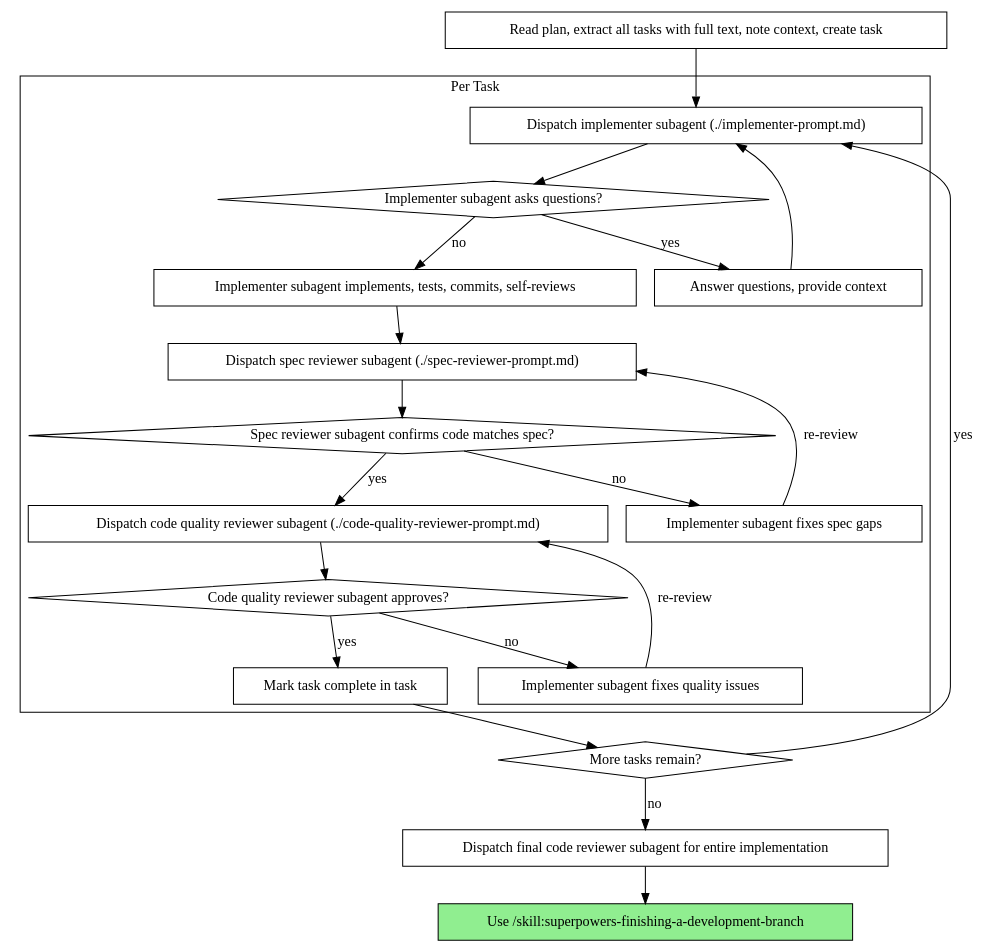
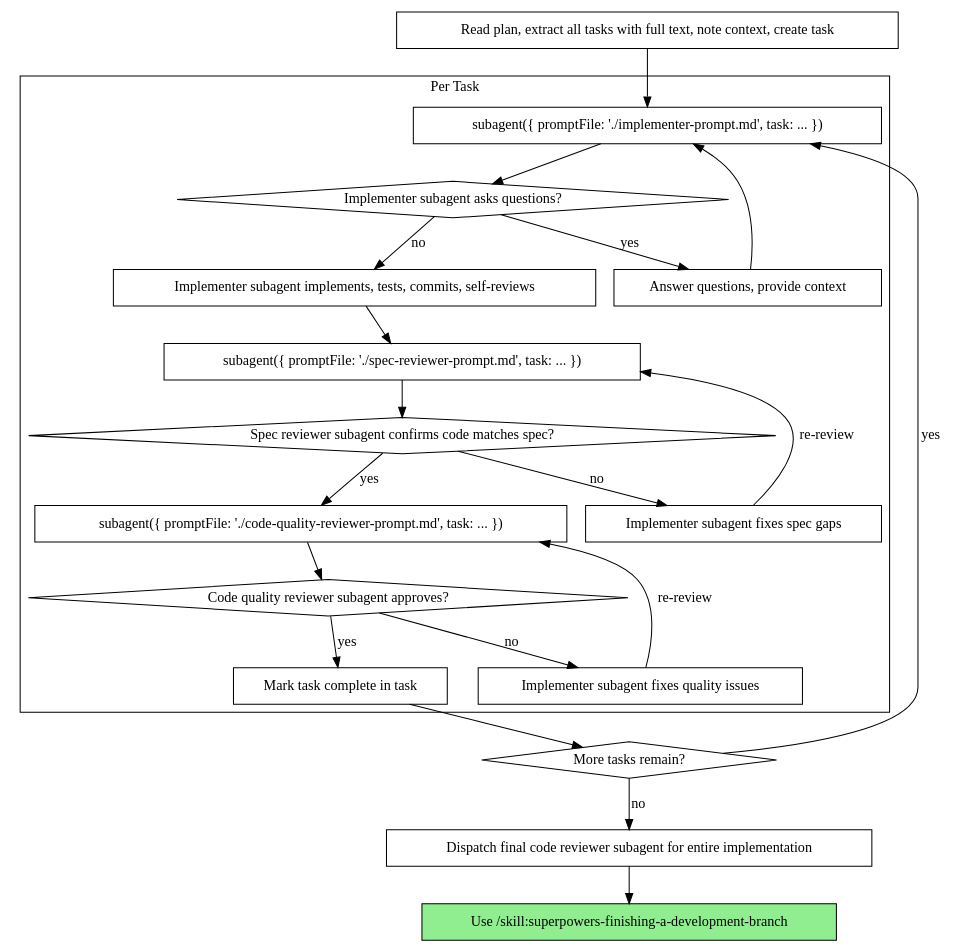
The second of 2 diagrams in pi/extensions/superpowers/skills/superpowers-subagent-driven-development/SKILL.md (tyanxie/dotfiles), drawn with Graphviz before and after one commit. The commit also changed other lines of this file and 12 other files, not shown here.

````diff
--- a/pi/extensions/superpowers/skills/superpowers-subagent-driven-development/SKILL.md
+++ b/pi/extensions/superpowers/skills/superpowers-subagent-driven-development/SKILL.md
@@ -42,44 +42,44 @@
 ```dot
 digraph process {
     rankdir=TB;
 
     subgraph cluster_per_task {
         label="Per Task";
-        "Dispatch implementer subagent (./implementer-prompt.md)" [shape=box];
+        "subagent({ promptFile: './implementer-prompt.md', task: ... })" [shape=box];
         "Implementer subagent asks questions?" [shape=diamond];
         "Answer questions, provide context" [shape=box];
         "Implementer subagent implements, tests, commits, self-reviews" [shape=box];
-        "Dispatch spec reviewer subagent (./spec-reviewer-prompt.md)" [shape=box];
+        "subagent({ promptFile: './spec-reviewer-prompt.md', task: ... })" [shape=box];
         "Spec reviewer subagent confirms code matches spec?" [shape=diamond];
         "Implementer subagent fixes spec gaps" [shape=box];
-        "Dispatch code quality reviewer subagent (./code-quality-reviewer-prompt.md)" [shape=box];
+        "subagent({ promptFile: './code-quality-reviewer-prompt.md', task: ... })" [shape=box];
         "Code quality reviewer subagent approves?" [shape=diamond];
         "Implementer subagent fixes quality issues" [shape=box];
         "Mark task complete in task" [shape=box];
     }
 
     "Read plan, extract all tasks with full text, note context, create task" [shape=box];
     "More tasks remain?" [shape=diamond];
     "Dispatch final code reviewer subagent for entire implementation" [shape=box];
     "Use /skill:superpowers-finishing-a-development-branch" [shape=box style=filled fillcolor=lightgreen];
 
-    "Read plan, extract all tasks with full text, note context, create task" -> "Dispatch implementer subagent (./implementer-prompt.md)";
-    "Dispatch implementer subagent (./implementer-prompt.md)" -> "Implementer subagent asks questions?";
+    "Read plan, extract all tasks with full text, note context, create task" -> "subagent({ promptFile: './implementer-prompt.md', task: ... })";
+    "subagent({ promptFile: './implementer-prompt.md', task: ... })" -> "Implementer subagent asks questions?";
     "Implementer subagent asks questions?" -> "Answer questions, provide context" [label="yes"];
-    "Answer questions, provide context" -> "Dispatch implementer subagent (./implementer-prompt.md)";
+    "Answer questions, provide context" -> "subagent({ promptFile: './implementer-prompt.md', task: ... })";
     "Implementer subagent asks questions?" -> "Implementer subagent implements, tests, commits, self-reviews" [label="no"];
-    "Implementer subagent implements, tests, commits, self-reviews" -> "Dispatch spec reviewer subagent (./spec-reviewer-prompt.md)";
-    "Dispatch spec reviewer subagent (./spec-reviewer-prompt.md)" -> "Spec reviewer subagent confirms code matches spec?";
+    "Implementer subagent implements, tests, commits, self-reviews" -> "subagent({ promptFile: './spec-reviewer-prompt.md', task: ... })";
+    "subagent({ promptFile: './spec-reviewer-prompt.md', task: ... })" -> "Spec reviewer subagent confirms code matches spec?";
     "Spec reviewer subagent confirms code matches spec?" -> "Implementer subagent fixes spec gaps" [label="no"];
-    "Implementer subagent fixes spec gaps" -> "Dispatch spec reviewer subagent (./spec-reviewer-prompt.md)" [label="re-review"];
-    "Spec reviewer subagent confirms code matches spec?" -> "Dispatch code quality reviewer subagent (./code-quality-reviewer-prompt.md)" [label="yes"];
-    "Dispatch code quality reviewer subagent (./code-quality-reviewer-prompt.md)" -> "Code quality reviewer subagent approves?";
+    "Implementer subagent fixes spec gaps" -> "subagent({ promptFile: './spec-reviewer-prompt.md', task: ... })" [label="re-review"];
+    "Spec reviewer subagent confirms code matches spec?" -> "subagent({ promptFile: './code-quality-reviewer-prompt.md', task: ... })" [label="yes"];
+    "subagent({ promptFile: './code-quality-reviewer-prompt.md', task: ... })" -> "Code quality reviewer subagent approves?";
     "Code quality reviewer subagent approves?" -> "Implementer subagent fixes quality issues" [label="no"];
-    "Implementer subagent fixes quality issues" -> "Dispatch code quality reviewer subagent (./code-quality-reviewer-prompt.md)" [label="re-review"];
+    "Implementer subagent fixes quality issues" -> "subagent({ promptFile: './code-quality-reviewer-prompt.md', task: ... })" [label="re-review"];
     "Code quality reviewer subagent approves?" -> "Mark task complete in task" [label="yes"];
     "Mark task complete in task" -> "More tasks remain?";
-    "More tasks remain?" -> "Dispatch implementer subagent (./implementer-prompt.md)" [label="yes"];
+    "More tasks remain?" -> "subagent({ promptFile: './implementer-prompt.md', task: ... })" [label="yes"];
     "More tasks remain?" -> "Dispatch final code reviewer subagent for entire implementation" [label="no"];
     "Dispatch final code reviewer subagent for entire implementation" -> "Use /skill:superpowers-finishing-a-development-branch";
 }
 ```
````
